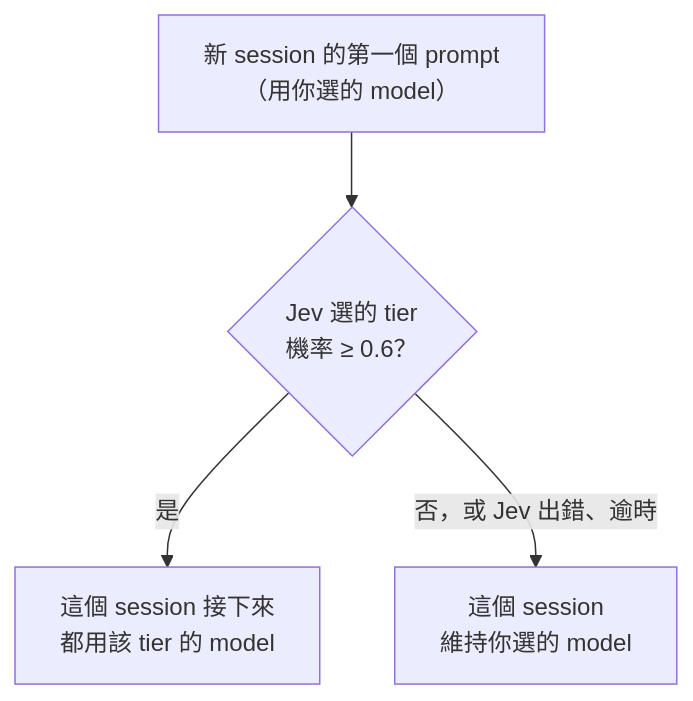
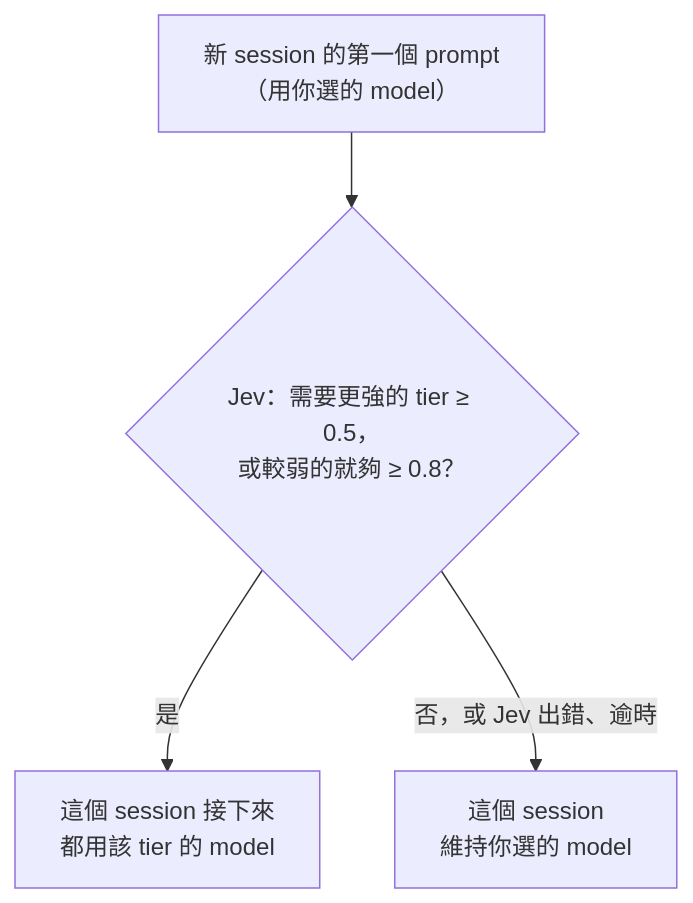
Before and after one commit to KevinYu1580/jcGearbox: the first of 3 diagrams in README.zh-TW.md, drawn with Mermaid. The commit also changed other lines of this file and 1 other file, not shown here.

````diff
--- a/README.zh-TW.md
+++ b/README.zh-TW.md
@@ -53,6 +53,6 @@
 ```mermaid
 flowchart TD
-    P["新 session 的第一個 prompt<br/>（用你選的 model）"] --> Q{"Jev 選的 tier<br/>機率 ≥ 0.6？"}
+    P["新 session 的第一個 prompt<br/>（用你選的 model）"] --> Q{"Jev：需要更強的 tier ≥ 0.5，<br/>或較弱的就夠 ≥ 0.8？"}
     Q -->|"是"| O["這個 session 接下來<br/>都用該 tier 的 model"]
     Q -->|"否，或 Jev 出錯、逾時"| S["這個 session<br/>維持你選的 model"]
 ```
````
